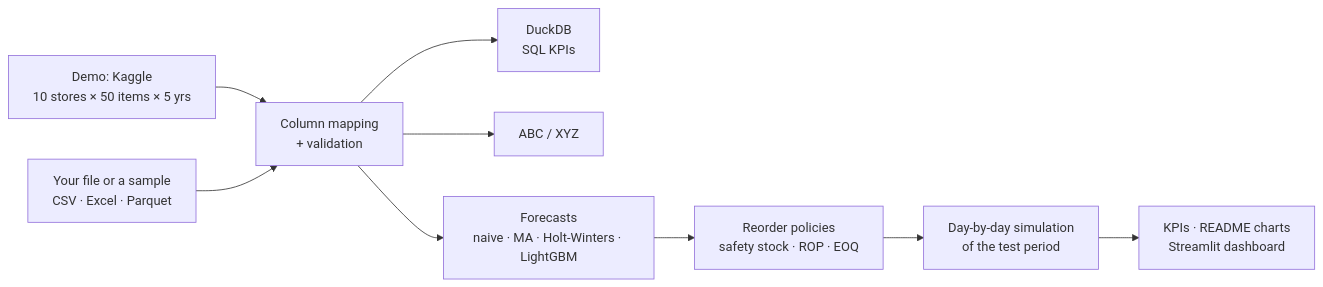
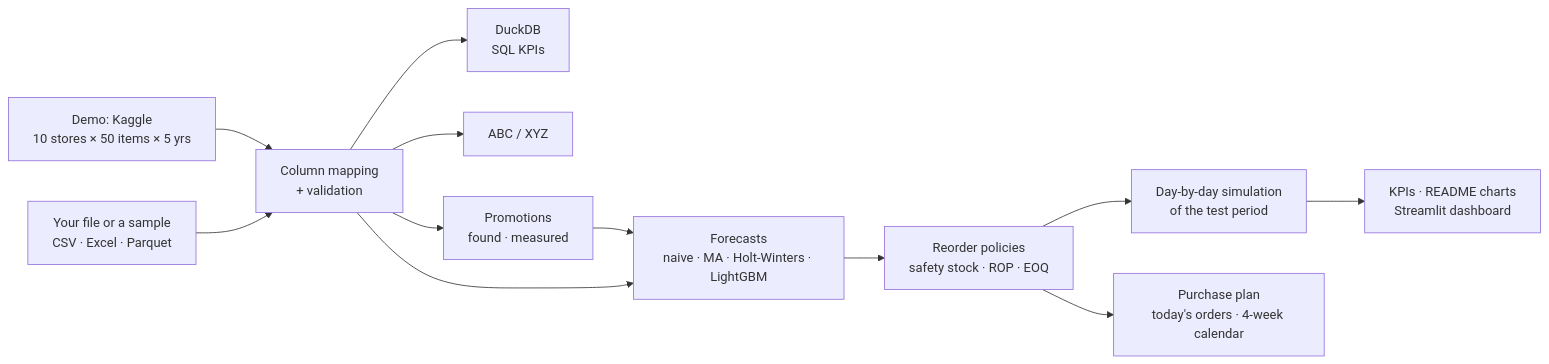
Before and after one commit to luca-g-pll/supply-chain-inventory-optimization: the diagram in README.md, drawn with Mermaid. The commit also changed other lines of this file and 32 other files, not shown here.

First line of the commit message:
Add promotions, purchase plan and supplier constraints

````diff
--- a/README.md
+++ b/README.md
@@ -83,11 +83,14 @@
 ```mermaid
 flowchart LR
     A1[Demo: Kaggle<br/>10 stores × 50 items × 5 yrs] --> V
     A2[Your file or a sample<br/>CSV · Excel · Parquet] --> V[Column mapping<br/>+ validation]
     V --> B[DuckDB<br/>SQL KPIs]
     V --> C[ABC / XYZ]
+    V --> P[Promotions<br/>found · measured]
+    P --> D
     V --> D[Forecasts<br/>naive · MA · Holt-Winters · LightGBM]
     D --> E[Reorder policies<br/>safety stock · ROP · EOQ]
     E --> F[Day-by-day simulation<br/>of the test period]
     F --> G[KPIs · README charts<br/>Streamlit dashboard]
+    E --> O[Purchase plan<br/>today's orders · 4-week calendar]
 ```
````
